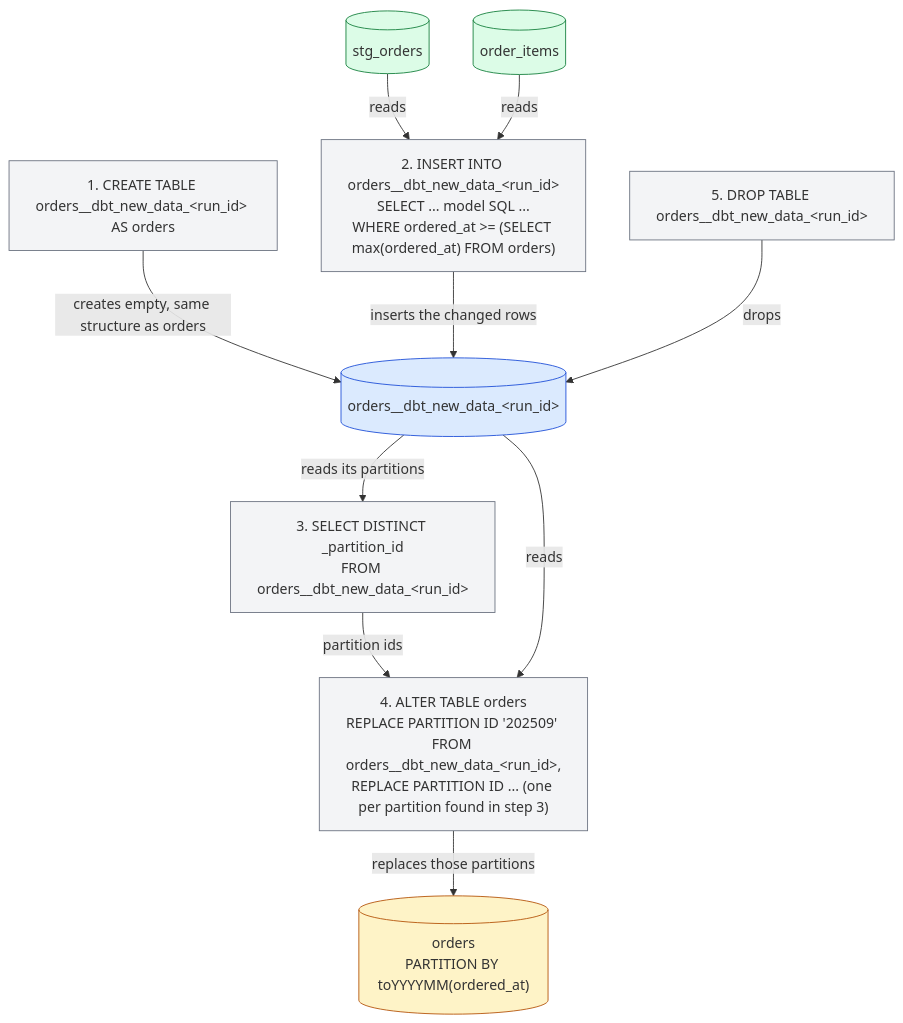
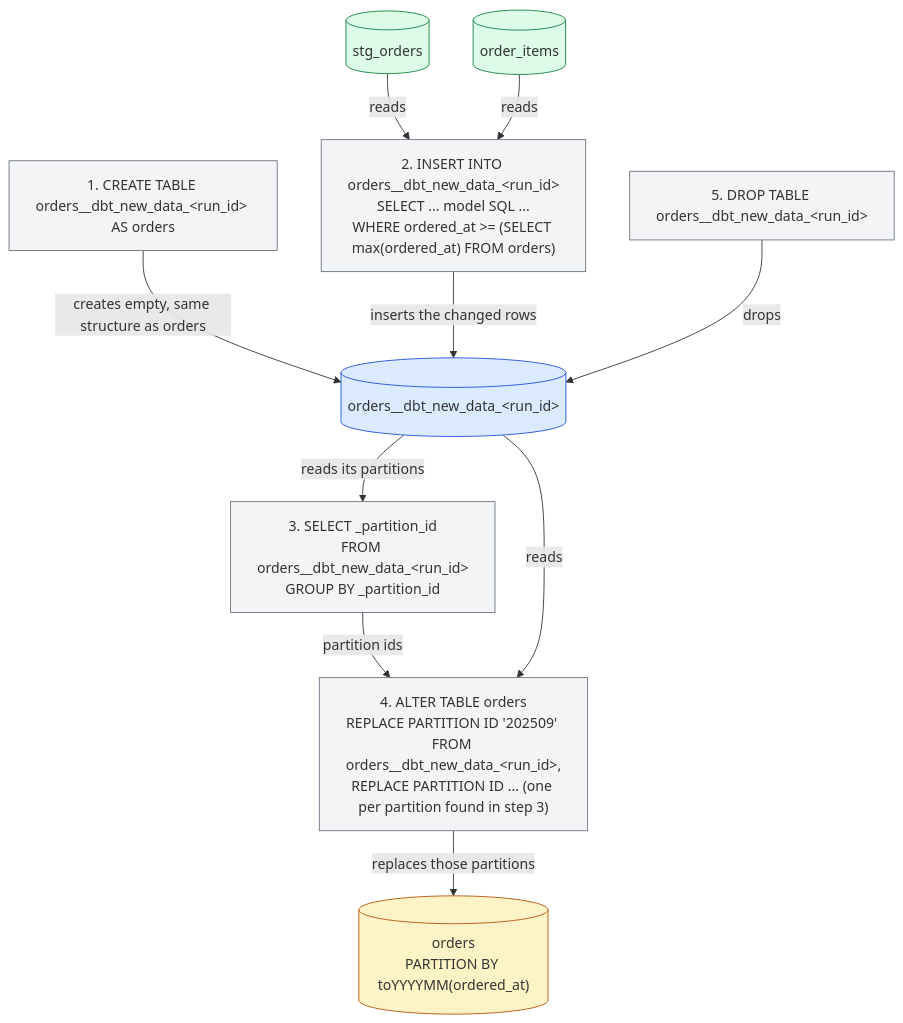
The third of 3 diagrams in docs/guides.mdx (ClickHouse/dbt-clickhouse), drawn with Mermaid before and after one commit. The commit also changed other lines of this file and 2 other files, not shown here.

Commit message:
Use group by instead of distinct. Clarify changelog

````diff
--- a/docs/guides.mdx
+++ b/docs/guides.mdx
@@ -568,29 +568,29 @@
 ```mermaid
 flowchart TB
     stg[("stg_orders")]
     items[("order_items")]
     orders[("orders<br/>PARTITION BY toYYYYMM(ordered_at)")]
     staging[("orders__dbt_new_data_#lt;run_id#gt;")]
     q1["1. CREATE TABLE orders__dbt_new_data_#lt;run_id#gt; AS orders"]
     q2["2. INSERT INTO orders__dbt_new_data_#lt;run_id#gt;<br/>SELECT ... model SQL ...<br/>WHERE ordered_at >= (SELECT max(ordered_at) FROM orders)"]
-    q3["3. SELECT DISTINCT _partition_id<br/>FROM orders__dbt_new_data_#lt;run_id#gt;"]
+    q3["3. SELECT _partition_id<br/>FROM orders__dbt_new_data_#lt;run_id#gt;<br/>GROUP BY _partition_id"]
     q4["4. ALTER TABLE orders<br/>REPLACE PARTITION ID '202509' FROM orders__dbt_new_data_#lt;run_id#gt;,<br/>REPLACE PARTITION ID ... (one per partition found in step 3)"]
     q5["5. DROP TABLE orders__dbt_new_data_#lt;run_id#gt;"]
     q1 -->|creates empty, same structure as orders| staging
     stg -->|reads| q2
     items -->|reads| q2
     q2 -->|inserts the changed rows| staging
     staging -->|reads its partitions| q3
     q3 -->|partition ids| q4
     staging -->|reads| q4
     q4 -->|replaces those partitions| orders
     q5 -->|drops| staging
     classDef temp fill:#dbeafe,stroke:#1d4ed8;
     classDef target fill:#fef3c7,stroke:#b45309;
     classDef source fill:#dcfce7,stroke:#15803d;
     classDef query fill:#f3f4f6,stroke:#6b7280;
     class staging temp;
     class orders target;
     class stg,items source;
     class q1,q2,q3,q4,q5 query;
 ```
````
